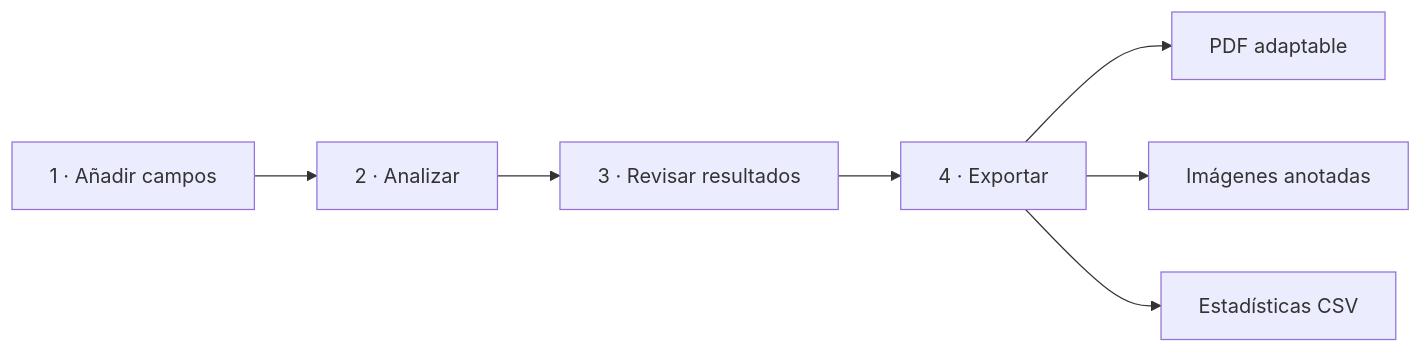
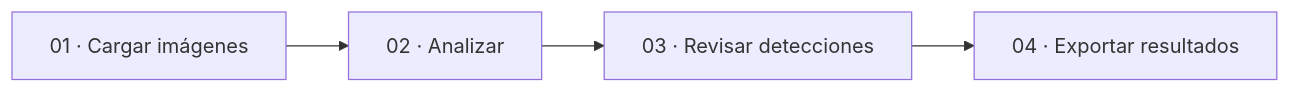
The diagram in README.md (DnsRudy21/VECTOR_UroSight), drawn with Mermaid before and after one commit. The commit also changed other lines of this file and 47 other files, not shown here.

````diff
--- a/README.md
+++ b/README.md
@@ -33,9 +31,6 @@
 ```mermaid
 flowchart LR
-    A["1 · Añadir campos"] --> B["2 · Analizar"]
-    B --> C["3 · Revisar resultados"]
-    C --> D["4 · Exportar"]
-    D --> E["PDF adaptable"]
-    D --> F["Imágenes anotadas"]
-    D --> G["Estadísticas CSV"]
+    A["01 · Cargar imágenes"] --> B["02 · Analizar"]
+    B --> C["03 · Revisar detecciones"]
+    C --> D["04 · Exportar resultados"]
 ```
````
